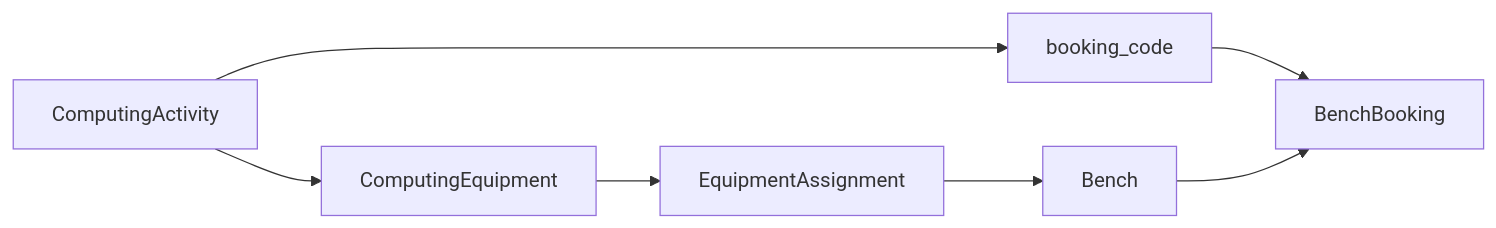
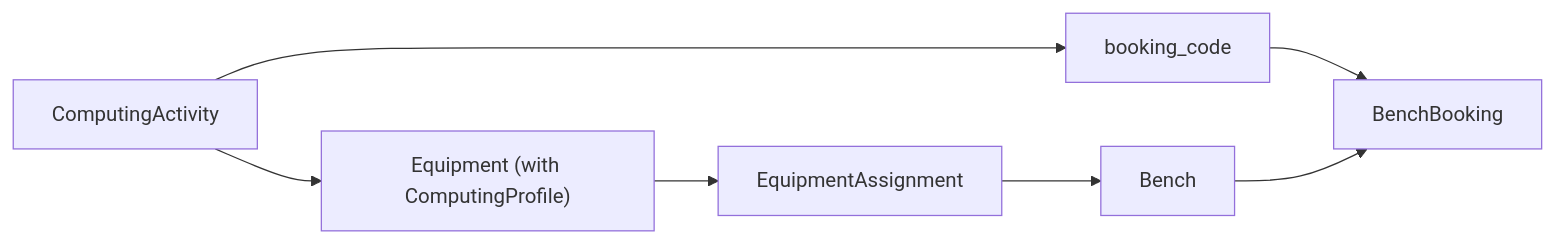
Before and after one commit to angustino88/lab-mango: the first of 2 diagrams in core/labs/features/bench_bookings/docs/architecture.md, drawn with Mermaid. The commit also changed 155 other files, not shown here.

````diff
--- a/core/labs/features/bench_bookings/docs/architecture.md
+++ b/core/labs/features/bench_bookings/docs/architecture.md
@@ -26,9 +26,9 @@
 ```mermaid
 flowchart LR
-    Activity["ComputingActivity"] --> Computing["ComputingEquipment"]
+    Activity["ComputingActivity"] --> Computing["Equipment (with ComputingProfile)"]
     Computing --> Assignment["EquipmentAssignment"]
     Assignment --> Bench["Bench"]
     Activity --> Code["booking_code"]
     Code --> Booking["BenchBooking"]
     Bench --> Booking
 ```
````
